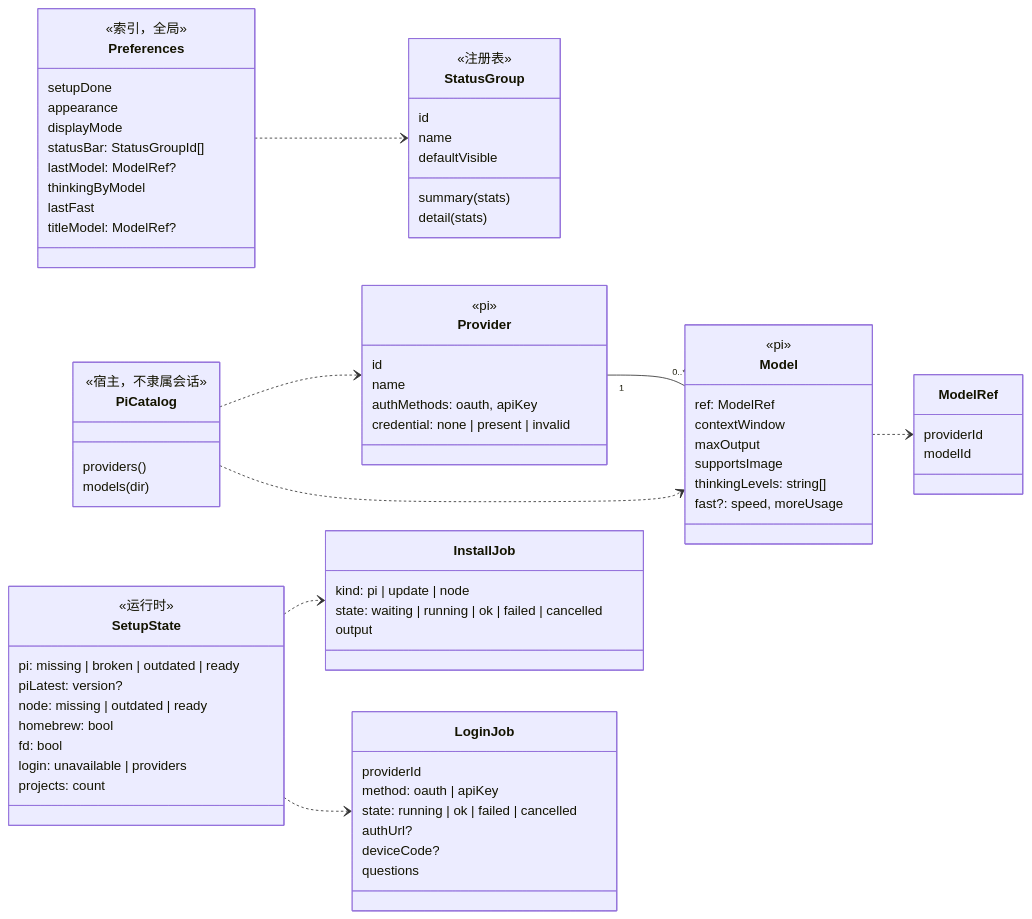
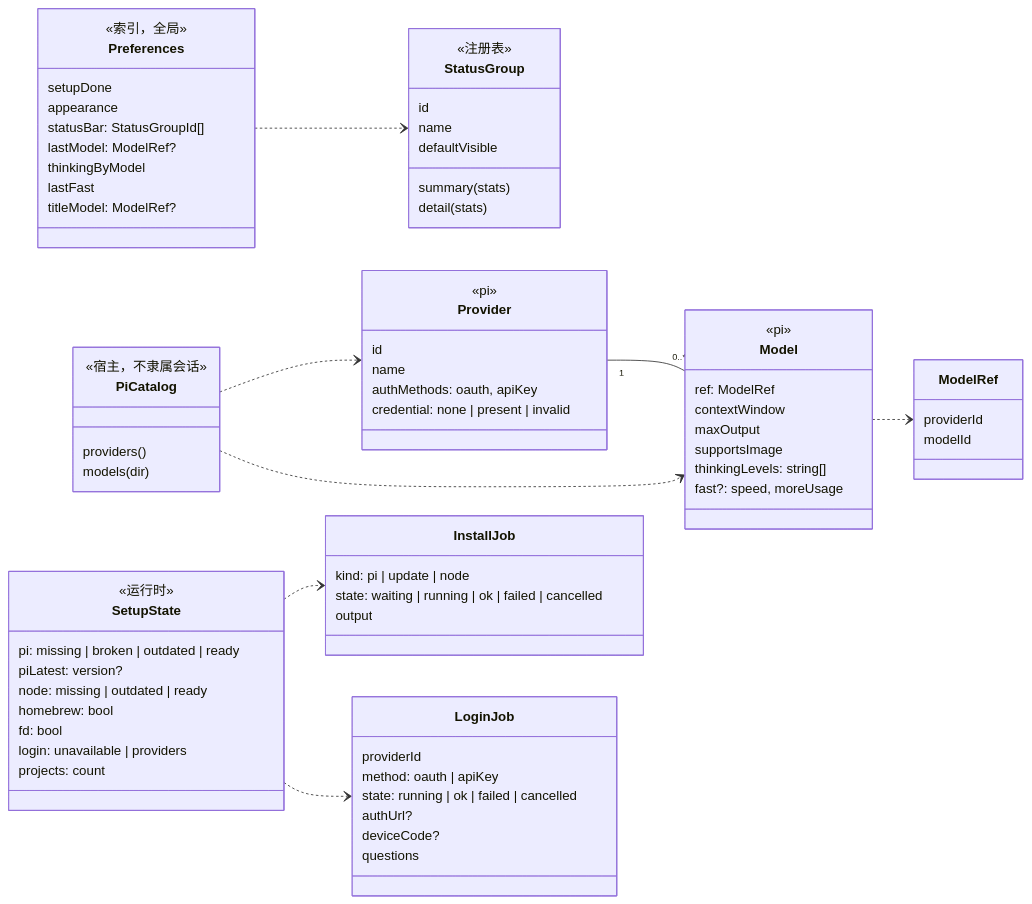
The fifth of 7 diagrams in docs/architecture/domain-model.md (Wan-Kai/atrium), drawn with Mermaid before and after one commit. The commit also changed other lines of this file and 40 other files, not shown here.

````diff
--- a/docs/architecture/domain-model.md
+++ b/docs/architecture/domain-model.md
@@ -460,78 +460,77 @@
 ```mermaid
 classDiagram
     direction LR
     class ModelRef {
       providerId
       modelId
     }
     class Provider {
       <<pi>>
       id
       name
       authMethods: oauth, apiKey
       credential: none | present | invalid
     }
     class Model {
       <<pi>>
       ref: ModelRef
       contextWindow
       maxOutput
       supportsImage
       thinkingLevels: string[]
       fast?: speed, moreUsage
     }
     class PiCatalog {
       <<宿主，不隶属会话>>
       providers()
       models(dir)
     }
     class Preferences {
       <<索引，全局>>
       setupDone
       appearance
-      displayMode
       statusBar: StatusGroupId[]
       lastModel: ModelRef?
       thinkingByModel
       lastFast
       titleModel: ModelRef?
     }
     class StatusGroup {
       <<注册表>>
       id
       name
       defaultVisible
       summary(stats)
       detail(stats)
     }
     class SetupState {
       <<运行时>>
       pi: missing | broken | outdated | ready
       piLatest: version?
       node: missing | outdated | ready
       homebrew: bool
       fd: bool
       login: unavailable | providers
       projects: count
     }
     class InstallJob {
       kind: pi | update | node
       state: waiting | running | ok | failed | cancelled
       output
     }
     class LoginJob {
       providerId
       method: oauth | apiKey
       state: running | ok | failed | cancelled
       authUrl?
       deviceCode?
       questions
     }
     PiCatalog ..> Provider
     PiCatalog ..> Model
     Provider "1" -- "0..*" Model
     Model ..> ModelRef
     Preferences ..> StatusGroup
     SetupState ..> InstallJob
     SetupState ..> LoginJob
 ```
````
